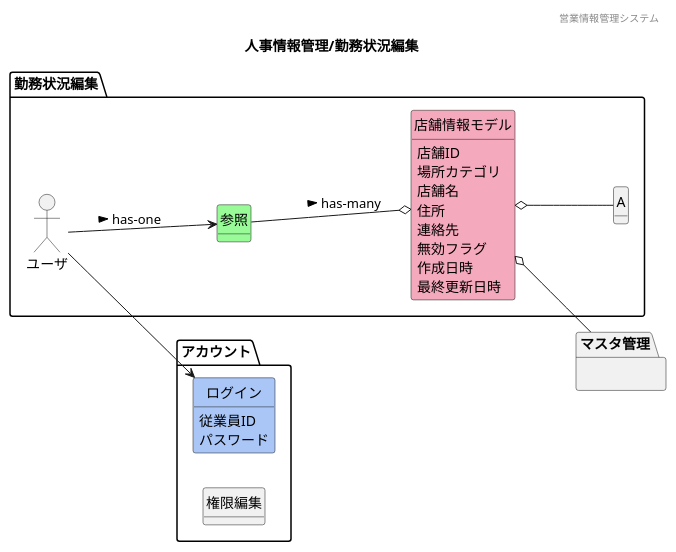
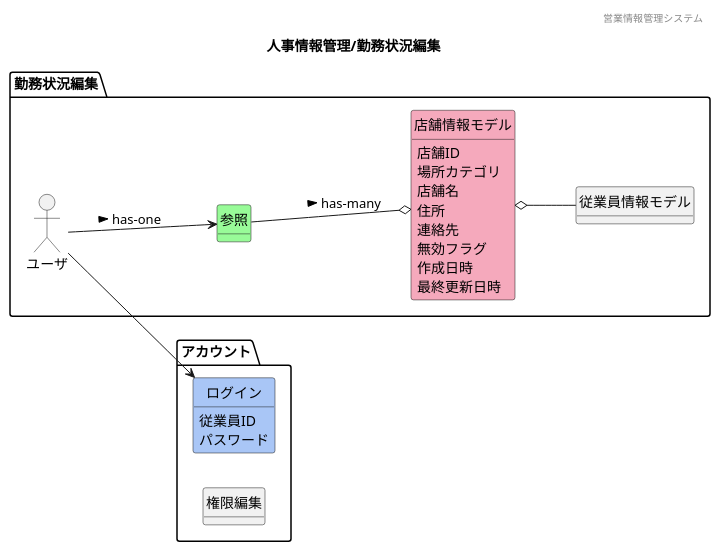
Before and after one commit to HaruShim/Sotuken: the diagram in 各種設計書/1ドメインモデル図/人事情報管理/F14勤務状況編集.plantuml, drawn with PlantUML. The commit also changed 7 other files, not shown here.

```diff
--- a/各種設計書/1ドメインモデル図/人事情報管理/F14勤務状況編集.plantuml
+++ b/各種設計書/1ドメインモデル図/人事情報管理/F14勤務状況編集.plantuml
@@ -1,57 +1,50 @@
 @startuml images/人事情報管理/勤務状況編集
 ' ヘッダー
 header 営業情報管理システム
 ' タイトル
 title 人事情報管理/勤務状況編集
 ' 
 hide circle
 ' 
 hide method
 left to right direction
 
 package "アカウント"{
     class "ログイン" #A9C6F6
     class "権限編集"
 }
 
 package "勤務状況編集" {
     'ユーザや外部システム
     mix_actor "ユーザ"
     class "参照" #98fb98
     class "店舗情報モデル" #F5A9BC
-    class "A"
+    class "従業員情報モデル"
 }
-    package "マスタ管理"{
-    }
-    ' class "" #F5A9BC
-    ' class "" #ffd700
+    ' package "マスタ管理"{
+    ' }
 
     'モデル同士の関係
     ユーザ --> 参照 : > has-one
     ユーザ --> ログイン
     参照 --o 店舗情報モデル : > has-many
-    店舗情報モデル o-- A
-    店舗情報モデル o-- マスタ管理
+    店舗情報モデル o-- 従業員情報モデル
+    ' 店舗情報モデル o-- マスタ管理
 
     'ドメインクラスの属性
-    ' A : 店舗名
-    ' A : 住所
-    ' A : 連絡先
-    ' A : 店長
-    ' A : 主な従業員
     店舗情報モデル : 店舗ID
     店舗情報モデル : 場所カテゴリ
     店舗情報モデル : 店舗名
     店舗情報モデル : 住所
     店舗情報モデル : 連絡先
     店舗情報モデル : 無効フラグ
     店舗情報モデル : 作成日時
     店舗情報モデル : 最終更新日時
     ログイン : 従業員ID
     ログイン : パスワード
 
 
 
 
 
 @enduml
```
